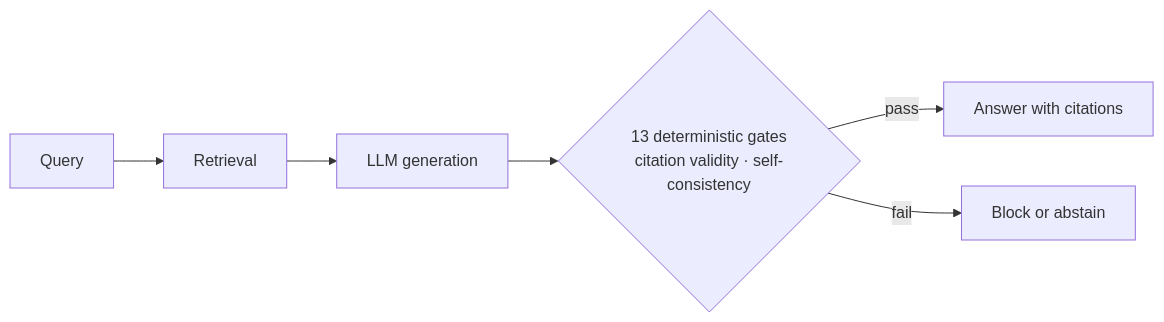
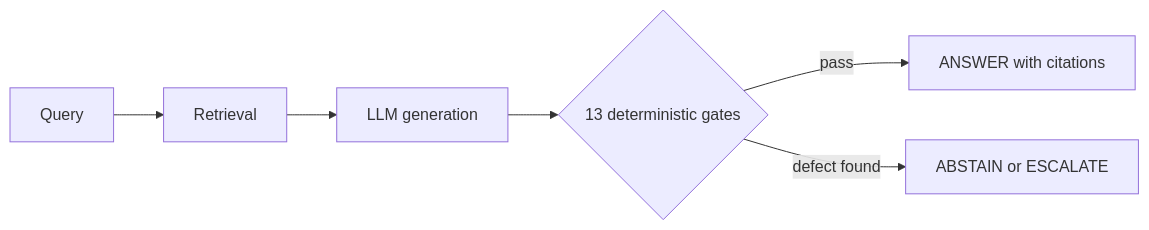
The diagram in README.md (ammarkhan081/ammarkhan081), drawn with Mermaid before and after one commit. The commit also changed other lines of this file, not shown here.

````diff
--- a/README.md
+++ b/README.md
@@ -40,8 +35,8 @@
 ```mermaid
 flowchart LR
     Q[Query] --> R[Retrieval]
     R --> G[LLM generation]
-    G --> V{"13 deterministic gates<br/>citation validity · self-consistency"}
-    V -- pass --> A[Answer with citations]
-    V -- fail --> X[Block or abstain]
+    G --> V{13 deterministic gates}
+    V -->|pass| A[ANSWER with citations]
+    V -->|defect found| X[ABSTAIN or ESCALATE]
 ```
````
